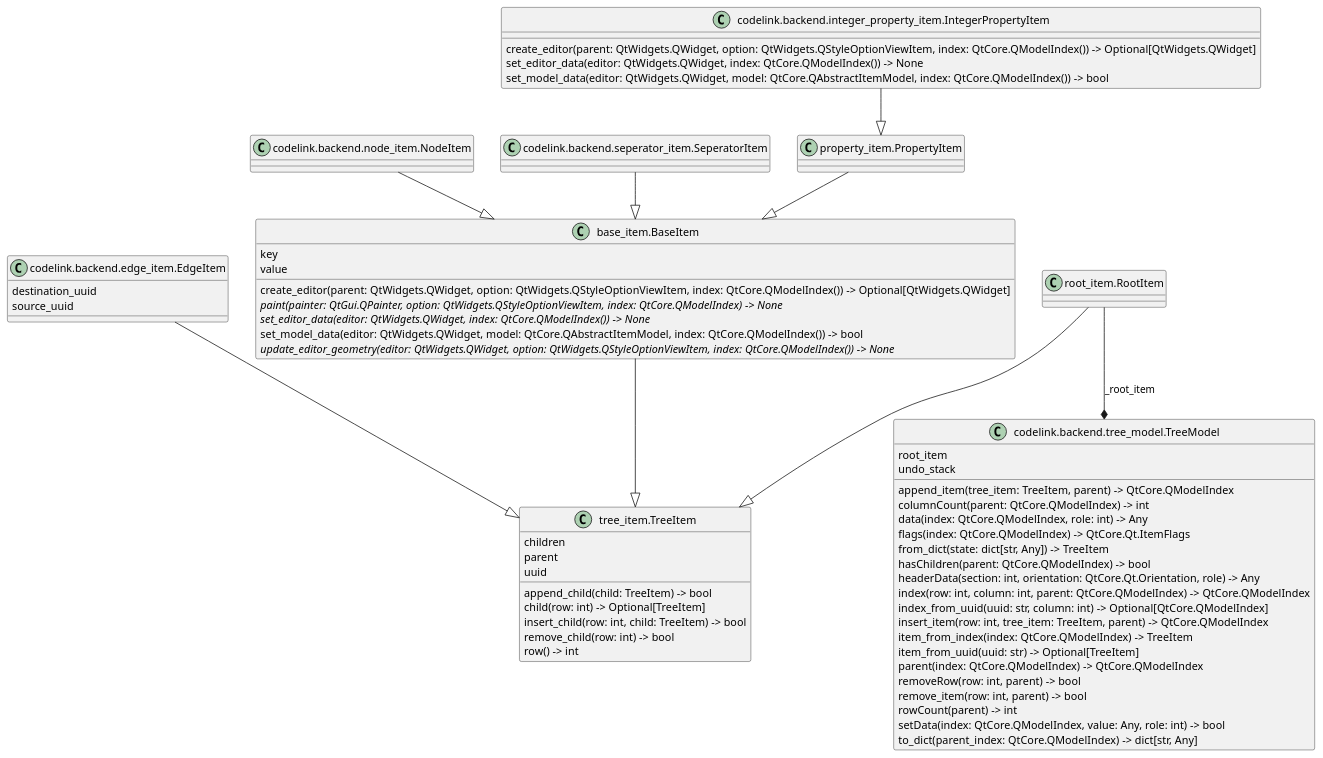
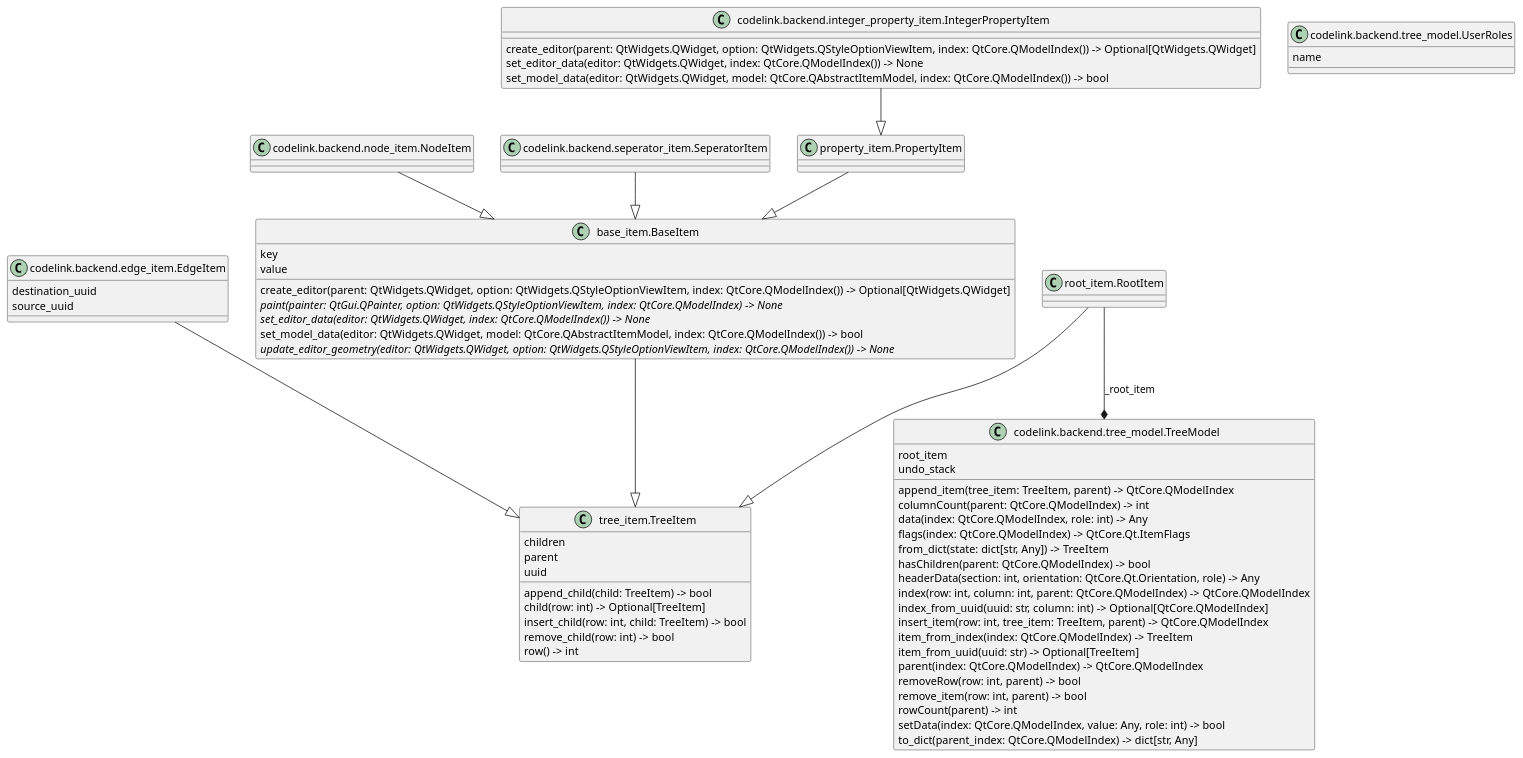
The diagram in src/codelink/backend/classes.puml (j8sr0230/codelink), drawn with PlantUML before and after one commit. The commit also changed 4 other files, not shown here.

Commit message:
Adds UserRoles enum to tree_model.py

```diff
--- a/src/codelink/backend/classes.puml
+++ b/src/codelink/backend/classes.puml
@@ -1,69 +1,72 @@
 @startuml classes
 set namespaceSeparator none
 class "base_item.BaseItem" as base_item.BaseItem {
   key
   value
   create_editor(parent: QtWidgets.QWidget, option: QtWidgets.QStyleOptionViewItem, index: QtCore.QModelIndex()) -> Optional[QtWidgets.QWidget]
   {abstract}paint(painter: QtGui.QPainter, option: QtWidgets.QStyleOptionViewItem, index: QtCore.QModelIndex) -> None
   {abstract}set_editor_data(editor: QtWidgets.QWidget, index: QtCore.QModelIndex()) -> None
   set_model_data(editor: QtWidgets.QWidget, model: QtCore.QAbstractItemModel, index: QtCore.QModelIndex()) -> bool
   {abstract}update_editor_geometry(editor: QtWidgets.QWidget, option: QtWidgets.QStyleOptionViewItem, index: QtCore.QModelIndex()) -> None
 }
 class "codelink.backend.edge_item.EdgeItem" as codelink.backend.edge_item.EdgeItem {
   destination_uuid
   source_uuid
 }
 class "codelink.backend.integer_property_item.IntegerPropertyItem" as codelink.backend.integer_property_item.IntegerPropertyItem {
   create_editor(parent: QtWidgets.QWidget, option: QtWidgets.QStyleOptionViewItem, index: QtCore.QModelIndex()) -> Optional[QtWidgets.QWidget]
   set_editor_data(editor: QtWidgets.QWidget, index: QtCore.QModelIndex()) -> None
   set_model_data(editor: QtWidgets.QWidget, model: QtCore.QAbstractItemModel, index: QtCore.QModelIndex()) -> bool
 }
 class "codelink.backend.node_item.NodeItem" as codelink.backend.node_item.NodeItem {
 }
 class "codelink.backend.seperator_item.SeperatorItem" as codelink.backend.seperator_item.SeperatorItem {
 }
 class "codelink.backend.tree_model.TreeModel" as codelink.backend.tree_model.TreeModel {
   root_item
   undo_stack
   append_item(tree_item: TreeItem, parent) -> QtCore.QModelIndex
   columnCount(parent: QtCore.QModelIndex) -> int
   data(index: QtCore.QModelIndex, role: int) -> Any
   flags(index: QtCore.QModelIndex) -> QtCore.Qt.ItemFlags
   from_dict(state: dict[str, Any]) -> TreeItem
   hasChildren(parent: QtCore.QModelIndex) -> bool
   headerData(section: int, orientation: QtCore.Qt.Orientation, role) -> Any
   index(row: int, column: int, parent: QtCore.QModelIndex) -> QtCore.QModelIndex
   index_from_uuid(uuid: str, column: int) -> Optional[QtCore.QModelIndex]
   insert_item(row: int, tree_item: TreeItem, parent) -> QtCore.QModelIndex
   item_from_index(index: QtCore.QModelIndex) -> TreeItem
   item_from_uuid(uuid: str) -> Optional[TreeItem]
   parent(index: QtCore.QModelIndex) -> QtCore.QModelIndex
   removeRow(row: int, parent) -> bool
   remove_item(row: int, parent) -> bool
   rowCount(parent) -> int
   setData(index: QtCore.QModelIndex, value: Any, role: int) -> bool
   to_dict(parent_index: QtCore.QModelIndex) -> dict[str, Any]
 }
+class "codelink.backend.tree_model.UserRoles" as codelink.backend.tree_model.UserRoles {
+  name
+}
 class "property_item.PropertyItem" as property_item.PropertyItem {
 }
 class "root_item.RootItem" as root_item.RootItem {
 }
 class "tree_item.TreeItem" as tree_item.TreeItem {
   children
   parent
   uuid
   append_child(child: TreeItem) -> bool
   child(row: int) -> Optional[TreeItem]
   insert_child(row: int, child: TreeItem) -> bool
   remove_child(row: int) -> bool
   row() -> int
 }
 base_item.BaseItem --|> tree_item.TreeItem
 codelink.backend.edge_item.EdgeItem --|> tree_item.TreeItem
 codelink.backend.integer_property_item.IntegerPropertyItem --|> property_item.PropertyItem
 codelink.backend.node_item.NodeItem --|> base_item.BaseItem
 codelink.backend.seperator_item.SeperatorItem --|> base_item.BaseItem
 property_item.PropertyItem --|> base_item.BaseItem
 root_item.RootItem --|> tree_item.TreeItem
 root_item.RootItem --* codelink.backend.tree_model.TreeModel : _root_item
 @enduml
```
